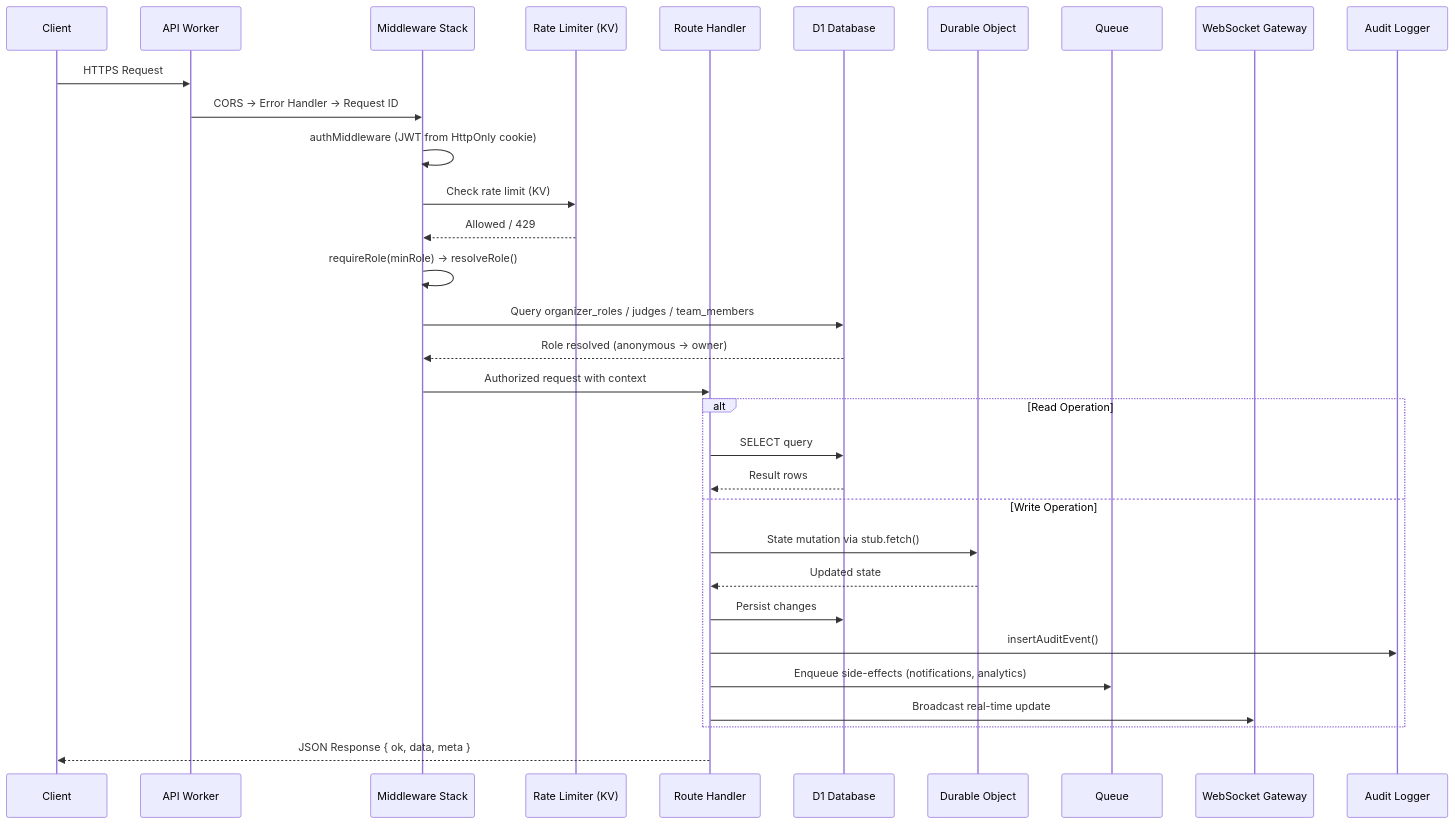
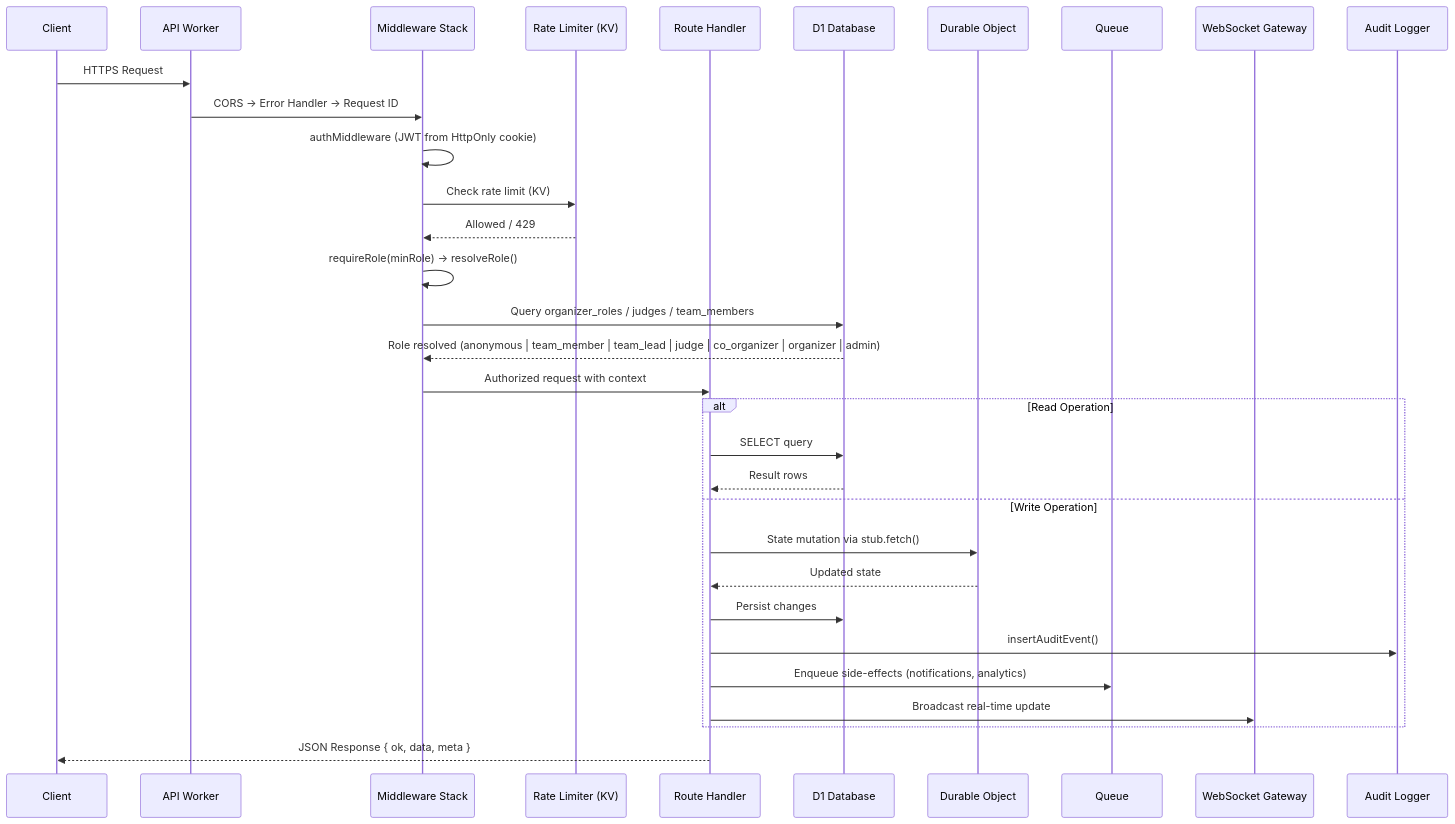
One commit to devangshupandey2025-stack/DevSage changed the second of 8 diagrams in docs/v3/planned/00-overview.md. Above: the diagram before and after it, drawn with Mermaid. The commit also changed other lines of this file, not shown here.

First line of the commit message:
docs(overview): simplify platform architecture for Phase 1

````diff
--- a/docs/v3/planned/00-overview.md
+++ b/docs/v3/planned/00-overview.md
@@ -139,37 +139,37 @@
 ```mermaid
 sequenceDiagram
     participant C as Client
     participant W as API Worker
     participant MW as Middleware Stack
     participant RL as Rate Limiter (KV)
     participant R as Route Handler
     participant DB as D1 Database
     participant DO as Durable Object
     participant Q as Queue
     participant WS as WebSocket Gateway
     participant AU as Audit Logger
 
     C->>W: HTTPS Request
     W->>MW: CORS → Error Handler → Request ID
     MW->>MW: authMiddleware (JWT from HttpOnly cookie)
     MW->>RL: Check rate limit (KV)
     RL-->>MW: Allowed / 429
     MW->>MW: requireRole(minRole) → resolveRole()
     MW->>DB: Query organizer_roles / judges / team_members
-    DB-->>MW: Role resolved (anonymous → owner)
+    DB-->>MW: Role resolved (anonymous | team_member | team_lead | judge | co_organizer | organizer | admin)
     MW->>R: Authorized request with context
 
     alt Read Operation
         R->>DB: SELECT query
         DB-->>R: Result rows
     else Write Operation
         R->>DO: State mutation via stub.fetch()
         DO-->>R: Updated state
         R->>DB: Persist changes
         R->>AU: insertAuditEvent()
         R->>Q: Enqueue side-effects (notifications, analytics)
         R->>WS: Broadcast real-time update
     end
 
     R-->>C: JSON Response { ok, data, meta }
 ```
````
